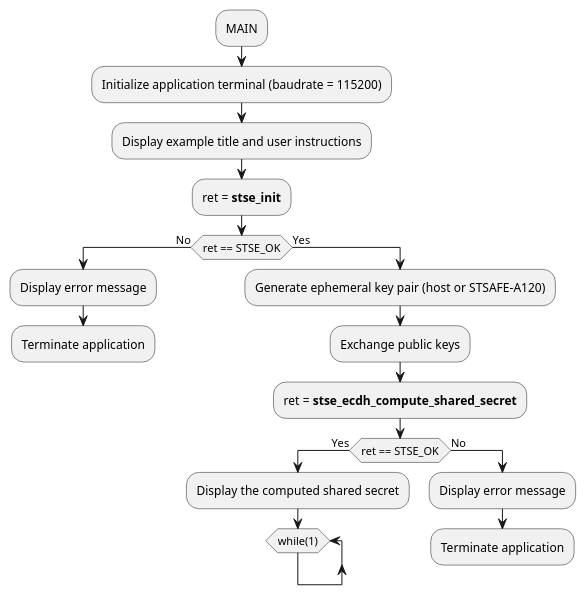
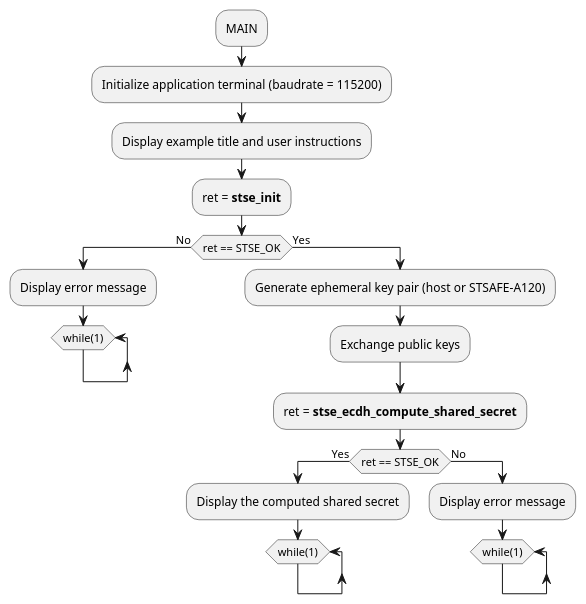
Before and after one commit to Grom-perso/STSAFE-A120_examples_dev: the diagram in Documentation/resources/Markdown/03_Project_examples_description/ECDH/STSAFE-A120_ecdh.md, drawn with PlantUML. The commit also changed 25 other files, not shown here.

```diff
--- a/Documentation/resources/Markdown/03_Project_examples_description/ECDH/STSAFE-A120_ecdh.md
+++ b/Documentation/resources/Markdown/03_Project_examples_description/ECDH/STSAFE-A120_ecdh.md
@@ -19,28 +19,30 @@
-@startuml{ECDH_Example_flowchart.png} "ECDH Example flowchart" width=5cm
+@startuml "ECDH Example flowchart" width=5cm
   :MAIN;
   :Initialize application terminal (baudrate = 115200);
   :Display example title and user instructions;
   :ret = <b>stse_init</b>;
   if(ret == STSE_OK) then (No)
   :Display error message;
-  :Terminate application;
+	while (while(1))
+	end while
     -[hidden]->
   detach
   else (Yes)
   :Generate ephemeral key pair (host or STSAFE-A120);
   :Exchange public keys;
   :ret = <b>stse_ecdh_compute_shared_secret</b>;
   if(ret == STSE_OK) then (Yes)
   :Display the computed shared secret;
 	while (while(1))
 	end while
     -[hidden]->
   detach
   else (No)
   :Display error message;
-  :Terminate application;
+	while (while(1))
+	end while
   -[hidden]->
   detach
   endif
   endif
 @enduml
```
